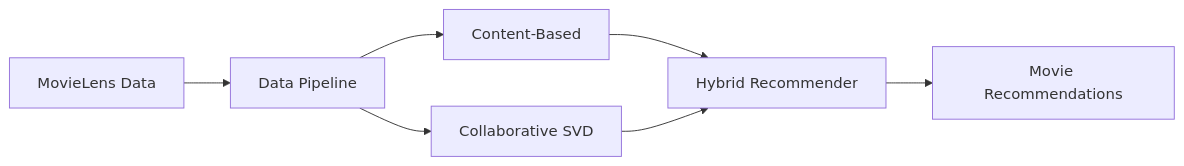
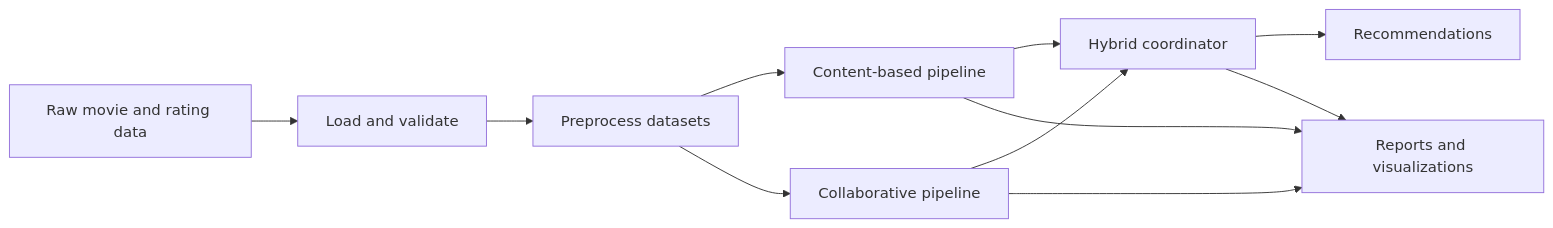
The first of 4 diagrams in README.md (Hosein-imani/hybrid-recommendation-system), drawn with Mermaid before and after one commit. The commit also changed other lines of this file, not shown here.

````diff
--- a/README.md
+++ b/README.md
@@ -20,9 +32,13 @@
-```mermaid
+~~~mermaid
 flowchart LR
-    A[MovieLens Data] --> B[Data Pipeline]
-    B --> C[Content-Based]
-    B --> D[Collaborative SVD]
-    C --> E[Hybrid Recommender]
-    D --> E
-    E --> F[Movie Recommendations]
-```
+    A[Raw movie and rating data] --> B[Load and validate]
+    B --> C[Preprocess datasets]
+    C --> D[Content-based pipeline]
+    C --> E[Collaborative pipeline]
+    D --> F[Hybrid coordinator]
+    E --> F
+    F --> G[Recommendations]
+    D --> H[Reports and visualizations]
+    E --> H
+    F --> H
+~~~
````
